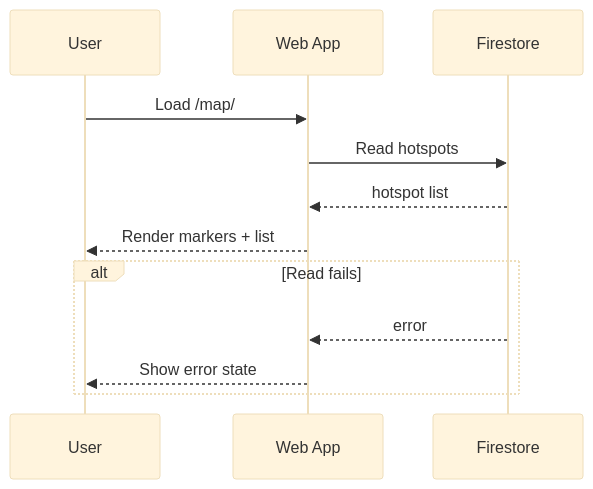
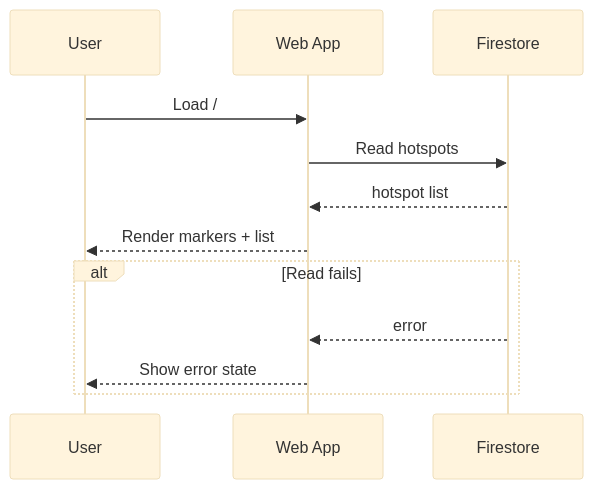
Before and after one commit to leesemi-camp/leesemi-camp.github.io: the third of 3 diagrams in AGENTS.md, drawn with Mermaid (base theme). The commit also changed other lines of this file and 31 other files, not shown here.

````diff
--- a/AGENTS.md
+++ b/AGENTS.md
@@ -118,16 +118,16 @@
 ```mermaid
 sequenceDiagram
   participant U as User
   participant W as Web App
   participant F as Firestore
 
-  U->>W: Load /map/
+  U->>W: Load /
   W->>F: Read hotspots
   F-->>W: hotspot list
   W-->>U: Render markers + list
 
   alt Read fails
     F-->>W: error
     W-->>U: Show error state
   end
 ```
````
